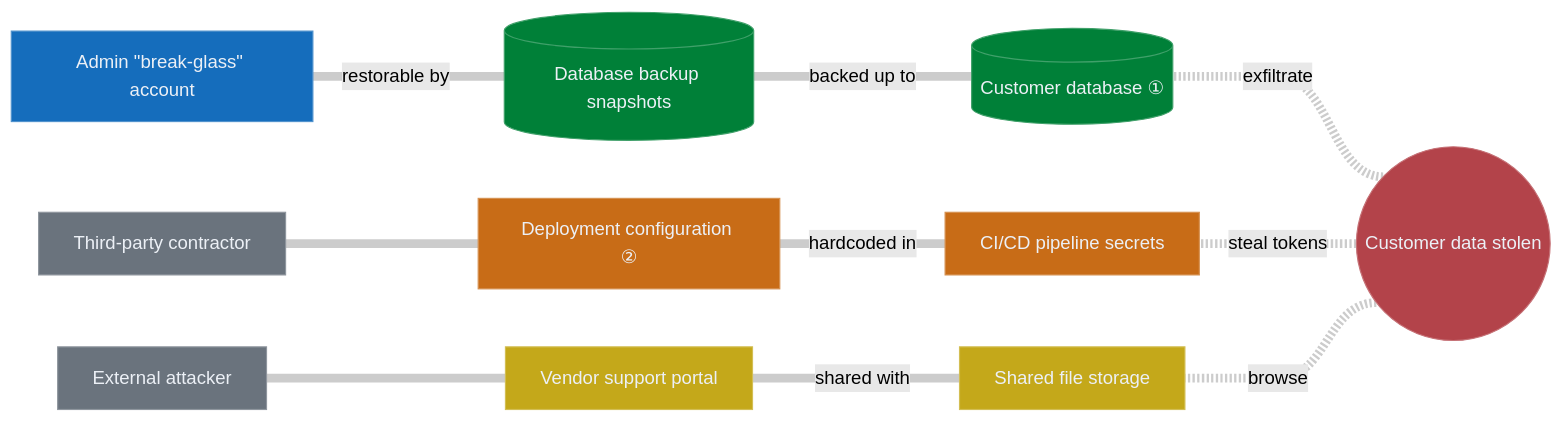
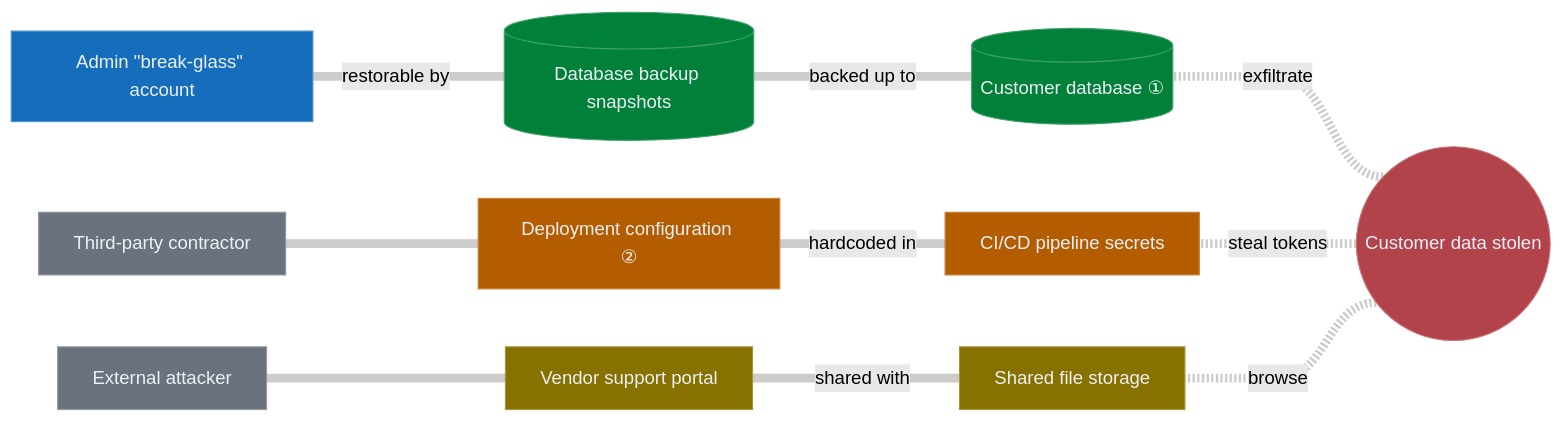
One commit to tomituominen/APME changed the diagram in skills/attack-path-map/example.md. Above: the diagram before and after it, drawn with Mermaid (forest theme). The commit also changed 8 other files, not shown here.

````diff
--- a/skills/attack-path-map/example.md
+++ b/skills/attack-path-map/example.md
@@ -3,40 +3,40 @@
 ```mermaid
 %%{init: {"flowchart": {"curve": "bumpX"}}}%%
 %% APM-DATA: {"v":1,"dir":"RL","master":"n1","notes":{"n2":"Holds customer contact details and order history.","n6":"Plain-text API tokens sit next to the deployment manifests."}}
 flowchart RL
   n1(("Customer data stolen"))
   n2[("Customer database ①")]
   n3["CI/CD pipeline secrets"]
   n4["Shared file storage"]
   n5[("Database backup snapshots")]
   n6["Deployment configuration ②"]
   n7["Vendor support portal"]
   n8["Admin #quot;break-glass#quot; account"]
   n9["External attacker"]
   n10["Third-party contractor"]
 
   n1 -.-|"exfiltrate"| n2
   n1 -.-|"steal tokens"| n3
   n1 -.-|"browse"| n4
   n2 ---|"backed up to"| n5
   n3 ---|"hardcoded in"| n6
   n4 ---|"shared with"| n7
   n5 ---|"restorable by"| n8
   n6 --- n10
   n7 --- n9
   linkStyle default stroke:#cccccc,stroke-width:7.5px;
 
   style n1 fill:#b3434a,stroke:#c67277,color:#ecf0f6
   style n2 fill:#008038,stroke:#40a06a,color:#ecf0f6
-  style n3 fill:#c86c17,stroke:#d69151,color:#ecf0f6
-  style n4 fill:#c4a81a,stroke:#d3be53,color:#ecf0f6
+  style n3 fill:#b35c00,stroke:#c68540,color:#ecf0f6
+  style n4 fill:#877200,stroke:#a59540,color:#ecf0f6
   style n5 fill:#008038,stroke:#40a06a,color:#ecf0f6
-  style n6 fill:#c86c17,stroke:#d69151,color:#ecf0f6
-  style n7 fill:#c4a81a,stroke:#d3be53,color:#ecf0f6
+  style n6 fill:#b35c00,stroke:#c68540,color:#ecf0f6
+  style n7 fill:#877200,stroke:#a59540,color:#ecf0f6
   style n8 fill:#156dbc,stroke:#5092cd,color:#ecf0f6
   style n9 fill:#6a737d,stroke:#8f969e,color:#ecf0f6
   style n10 fill:#6a737d,stroke:#8f969e,color:#ecf0f6
 
   click n2 "#note-n2" "Customer database"
   click n6 "#note-n6" "Deployment configuration"
 ```
````
